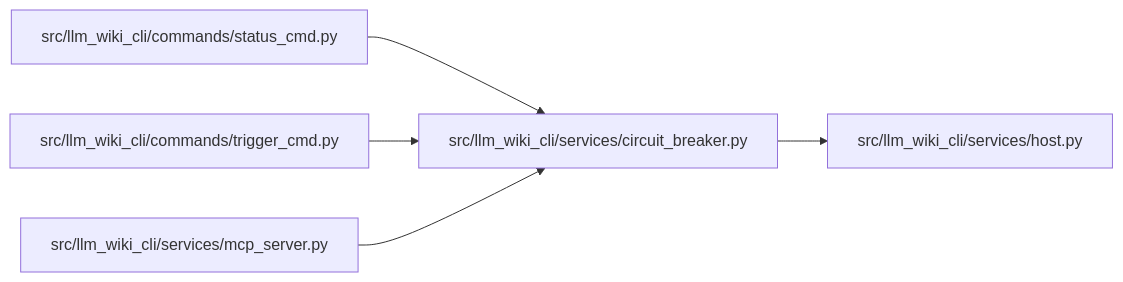
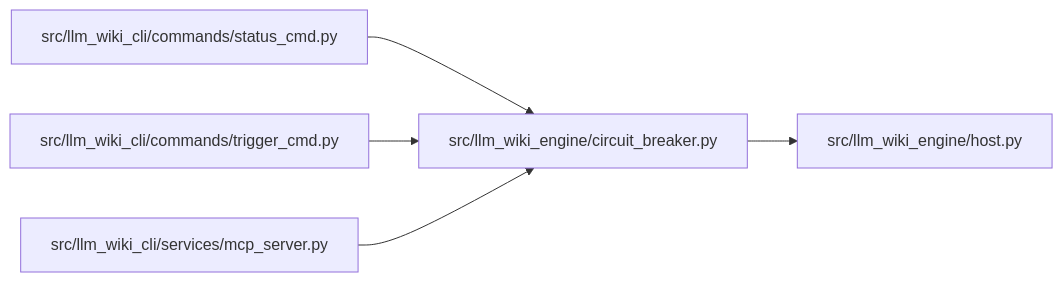
Before and after one commit to Denissvgn/python-wiki-llm: the diagram in docs/llm_wiki/modules/circuit_breaker.md, drawn with Mermaid. The commit also changed other lines of this file and 1103 other files, not shown here.

First line of the commit message:
docs: refresh the wiki for the llm-wiki-engine distribution

````diff
--- a/docs/llm_wiki/modules/circuit_breaker.md
+++ b/docs/llm_wiki/modules/circuit_breaker.md
@@ -24,17 +24,17 @@
 ```mermaid
 flowchart LR
     n0["src/llm_wiki_cli/commands/status_cmd.py"]
     n1["src/llm_wiki_cli/commands/trigger_cmd.py"]
-    n2["src/llm_wiki_cli/services/circuit_breaker.py"]
-    n3["src/llm_wiki_cli/services/host.py"]
-    n4["src/llm_wiki_cli/services/mcp_server.py"]
-    n0 --> n2
-    n1 --> n2
+    n2["src/llm_wiki_cli/services/mcp_server.py"]
+    n3["src/llm_wiki_engine/circuit_breaker.py"]
+    n4["src/llm_wiki_engine/host.py"]
+    n0 --> n3
+    n1 --> n3
     n2 --> n3
-    n4 --> n2
+    n3 --> n4
     click n0 "../modules/status_cmd.md"
     click n1 "../modules/trigger_cmd.md"
-    click n2 "../modules/circuit_breaker.md"
-    click n3 "../modules/host.md"
-    click n4 "../modules/mcp_server.md"
+    click n2 "../modules/mcp_server.md"
+    click n3 "../modules/circuit_breaker.md"
+    click n4 "../modules/host.md"
 ```
````
